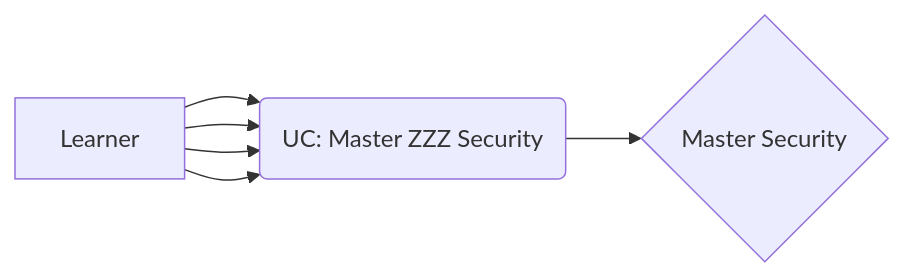
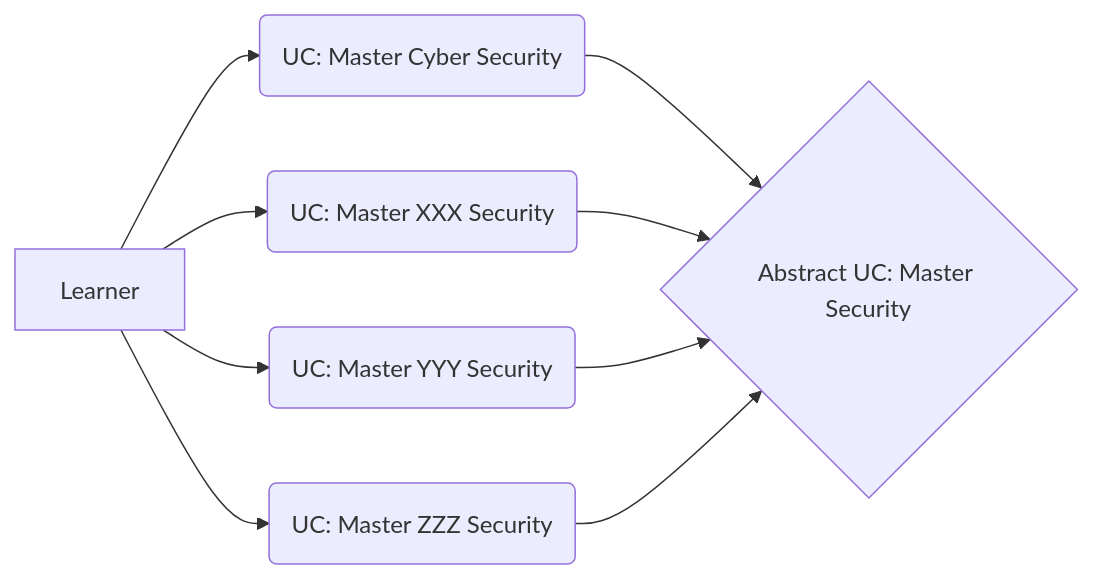
The diagram in index.qmd (vanHeemstraSystems/learning-web-security-use-cases), drawn with Mermaid before and after one commit.

````diff
--- a/index.qmd
+++ b/index.qmd
@@ -11,8 +11,11 @@
 ```{mermaid}
 flowchart LR
   A[Learner] --> B(UC: Master Cyber Security)
-  A[Learner] --> B(UC: Master XXX Security)
-  A[Learner] --> B(UC: Master YYY Security)
-  A[Learner] --> B(UC: Master ZZZ Security)  
-  B --> C{Master Security}
+  A[Learner] --> C(UC: Master XXX Security)
+  A[Learner] --> D(UC: Master YYY Security)
+  A[Learner] --> E(UC: Master ZZZ Security)  
+  B --> F{Abstract UC: Master Security}
+  C --> F{Abstract UC: Master Security}
+  D --> F{Abstract UC: Master Security}
+  E --> F{Abstract UC: Master Security}
 ```
````
